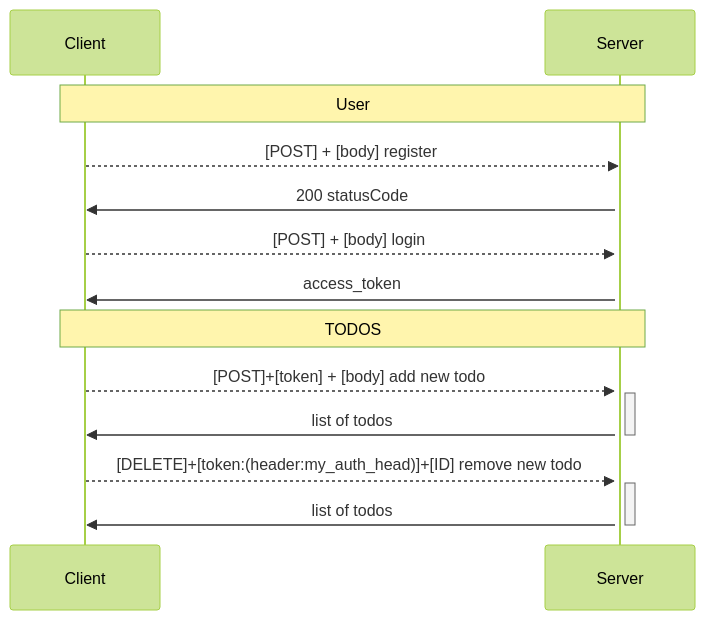
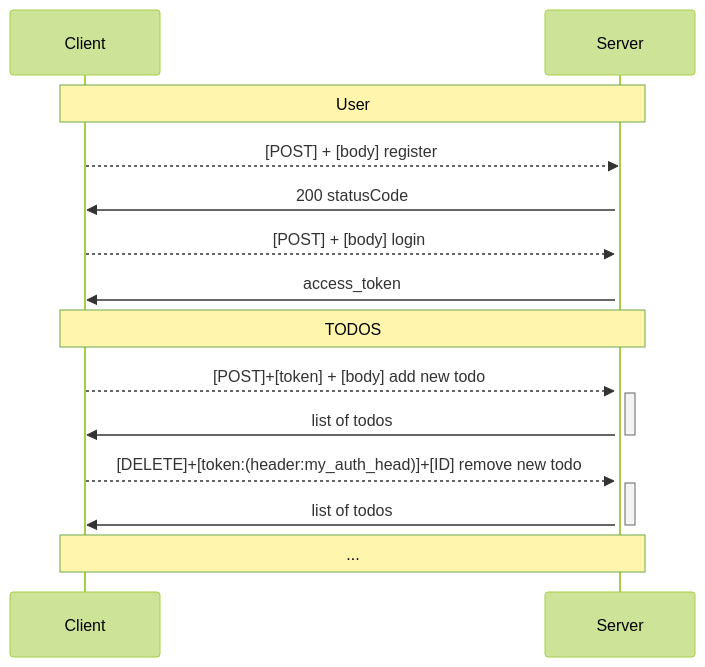
Before and after one commit to Ivlad003/ToDo_list_Nest: the second of 2 diagrams in README.md, drawn with Mermaid (forest theme). The commit also changed other lines of this file, not shown here.

````diff
--- a/README.md
+++ b/README.md
@@ -17,23 +16,24 @@
 ```mermaid
 sequenceDiagram
     Note over Client,Server: User
     Client-->>Server: [POST] + [body] register
     activate Server
     Server->>Client: 200 statusCode
 
     Client-->>Server: [POST] + [body] login
     activate Server
     Server->>Client: access_token
     
     Note over Client,Server: TODOS
     Client-->>Server: [POST]+[token] + [body] add new todo
     activate Server
     Server->>Client: list of todos
     deactivate Server
     
     Client-->>Server: [DELETE]+[token:(header:my_auth_head)]+[ID] remove new todo
     activate Server
     Server->>Client: list of todos
     deactivate Server
+    Note over Client,Server: ...
 
 ```
````
